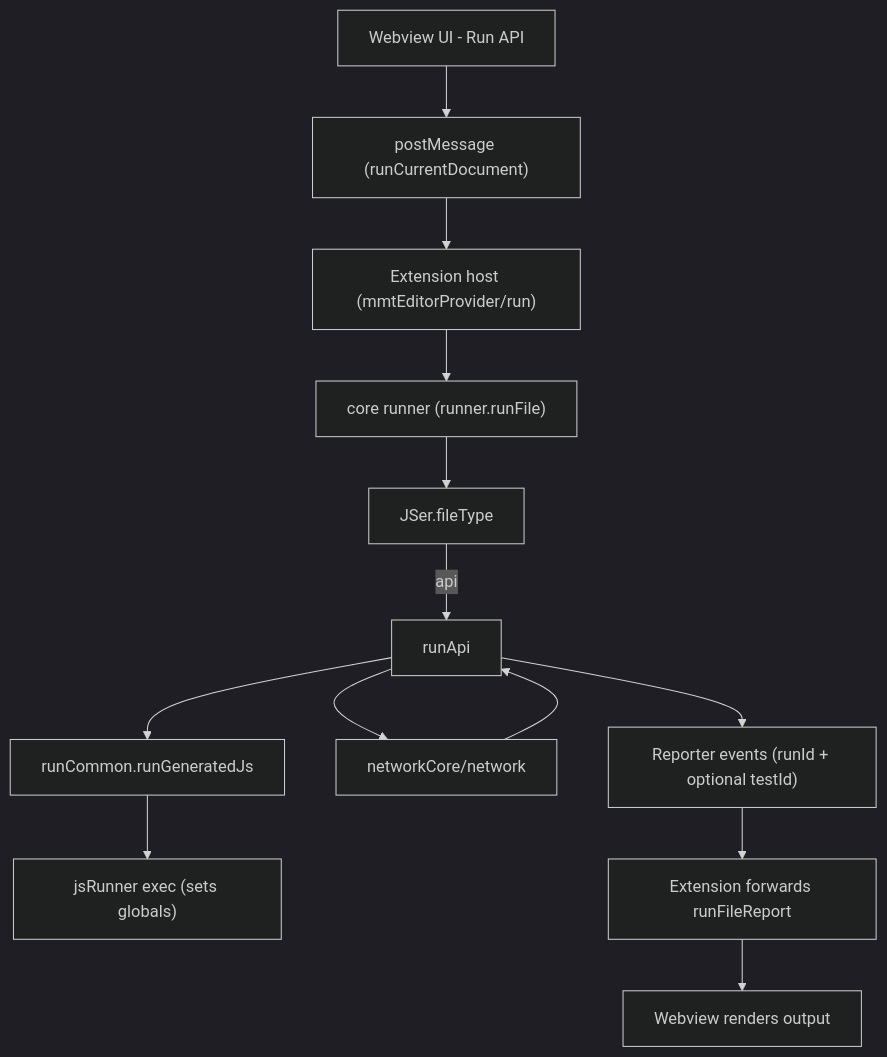
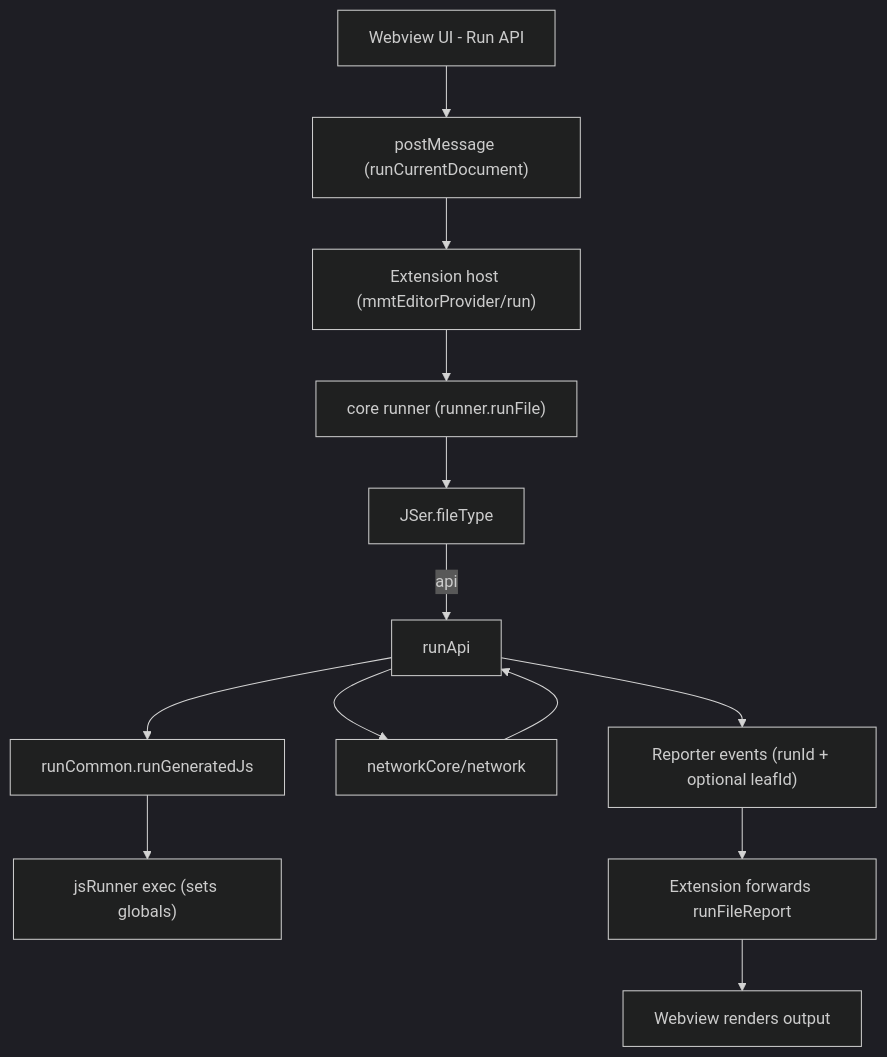
One commit to mshobeyri/multimeter changed the first of 4 diagrams in AGENTS.md. Above: the diagram before and after it, drawn with Mermaid (dark theme). The commit also changed other lines of this file, not shown here.

````diff
--- a/AGENTS.md
+++ b/AGENTS.md
@@ -91,15 +91,15 @@
 ```mermaid
 flowchart TD
   A["Webview UI - Run API"] --> B["postMessage (runCurrentDocument)"]
   B --> C["Extension host (mmtEditorProvider/run)"]
   C --> D["core runner (runner.runFile)"]
   D --> E["JSer.fileType"]
   E -->|api| F["runApi"]
   F --> G["runCommon.runGeneratedJs"]
   G --> H["jsRunner exec (sets globals)"]
   F --> I["networkCore/network"]
   I --> F
-  F --> J["Reporter events (runId + optional testId)"]
+  F --> J["Reporter events (runId + optional leafId)"]
   J --> K["Extension forwards runFileReport"]
   K --> L["Webview renders output"]
 ```
````
